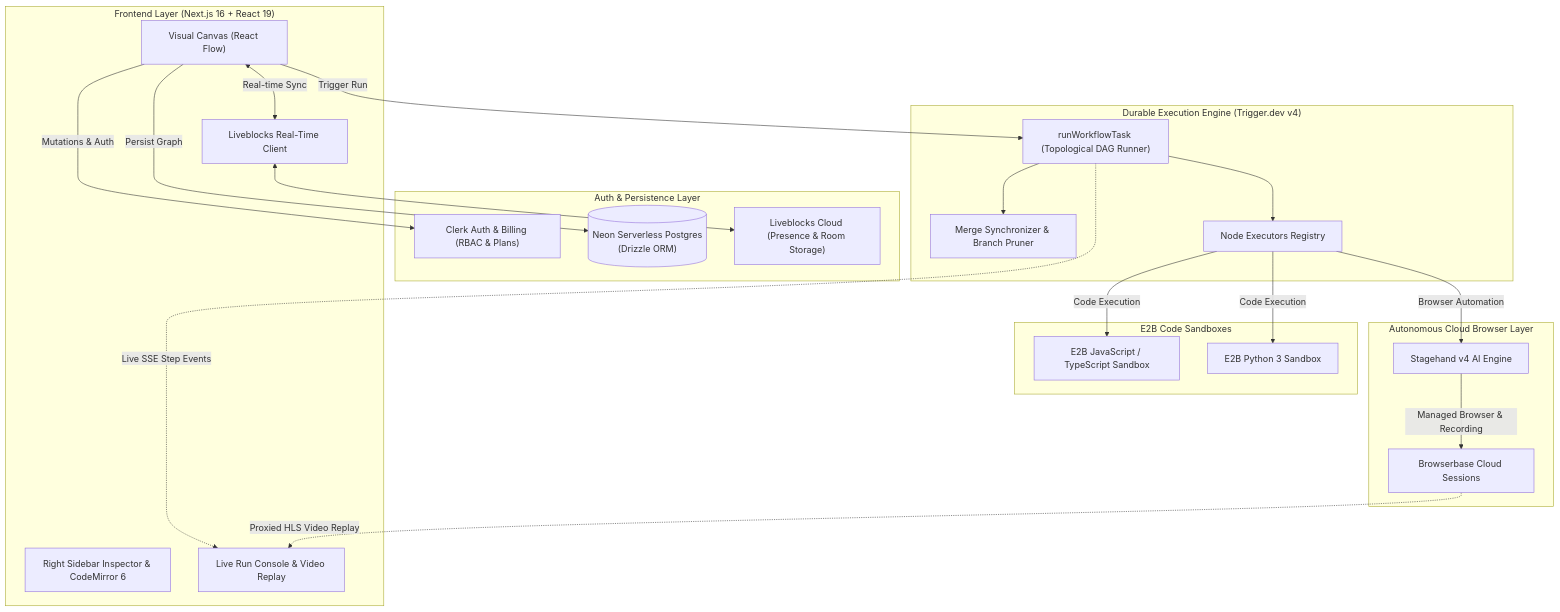
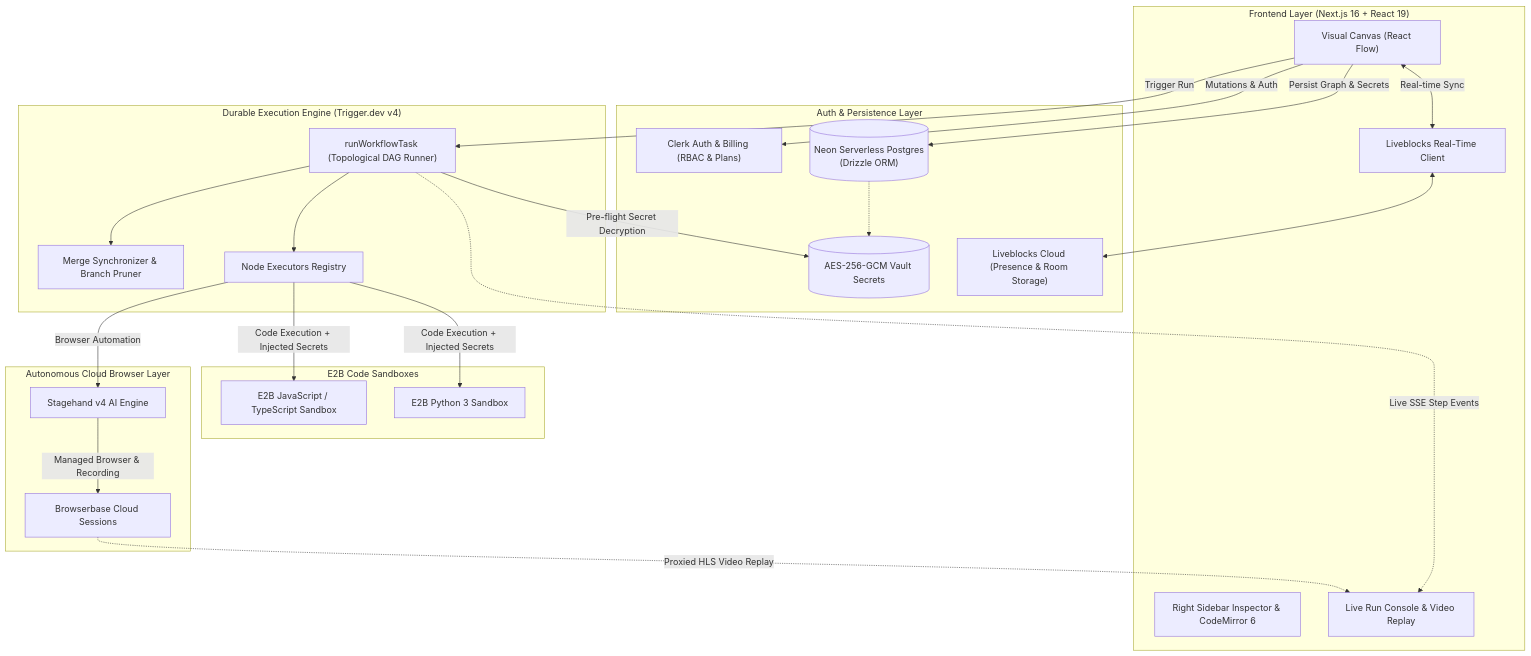
Before and after one commit to karan74jaiswal/Browser-AI-Agent: the third of 3 diagrams in README.md, drawn with Mermaid. The commit also changed other lines of this file and 2 other files, not shown here.

First line of the commit message:
feat(secrets): implement Credential Vault management and update documentation

````diff
--- a/README.md
+++ b/README.md
@@ -161,46 +196,49 @@
 ```mermaid
 flowchart TD
     subgraph Client["Frontend Layer (Next.js 16 + React 19)"]
         UI["Visual Canvas (React Flow)"]
         Inspector["Right Sidebar Inspector & CodeMirror 6"]
         LB_Client["Liveblocks Real-Time Client"]
         Console["Live Run Console & Video Replay"]
     end
 
     subgraph Auth_Data["Auth & Persistence Layer"]
         Clerk["Clerk Auth & Billing (RBAC & Plans)"]
         Postgres[("Neon Serverless Postgres\n(Drizzle ORM)")]
+        Vault[("AES-256-GCM Vault Secrets")]
         LB_Cloud["Liveblocks Cloud (Presence & Room Storage)"]
     end
 
     subgraph Execution["Durable Execution Engine (Trigger.dev v4)"]
         Runner["runWorkflowTask (Topological DAG Runner)"]
         MergeSync["Merge Synchronizer & Branch Pruner"]
         Executors["Node Executors Registry"]
     end
 
     subgraph Cloud_Sandboxes["E2B Code Sandboxes"]
         E2B_JS["E2B JavaScript / TypeScript Sandbox"]
         E2B_PY["E2B Python 3 Sandbox"]
     end
 
     subgraph Browser_Infra["Autonomous Cloud Browser Layer"]
         BB["Browserbase Cloud Sessions"]
         Stagehand["Stagehand v4 AI Engine"]
     end
 
     UI <-->|Real-time Sync| LB_Client
     LB_Client <--> LB_Cloud
     UI -->|Mutations & Auth| Clerk
-    UI -->|Persist Graph| Postgres
+    UI -->|Persist Graph & Secrets| Postgres
+    Postgres -.-> Vault
 
     UI -->|Trigger Run| Runner
+    Runner -->|Pre-flight Secret Decryption| Vault
     Runner --> MergeSync
     Runner --> Executors
-    Executors -->|Code Execution| E2B_JS
-    Executors -->|Code Execution| E2B_PY
+    Executors -->|Code Execution + Injected Secrets| E2B_JS
+    Executors -->|Code Execution + Injected Secrets| E2B_PY
     Executors -->|Browser Automation| Stagehand
     Stagehand -->|Managed Browser & Recording| BB
     Runner -.->|Live SSE Step Events| Console
     BB -.->|Proxied HLS Video Replay| Console
 ```
````
